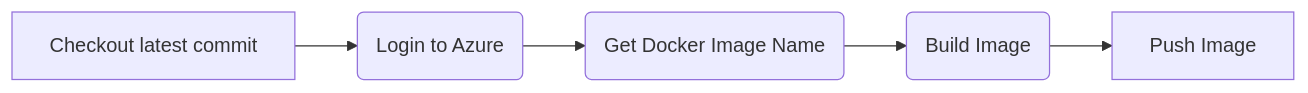
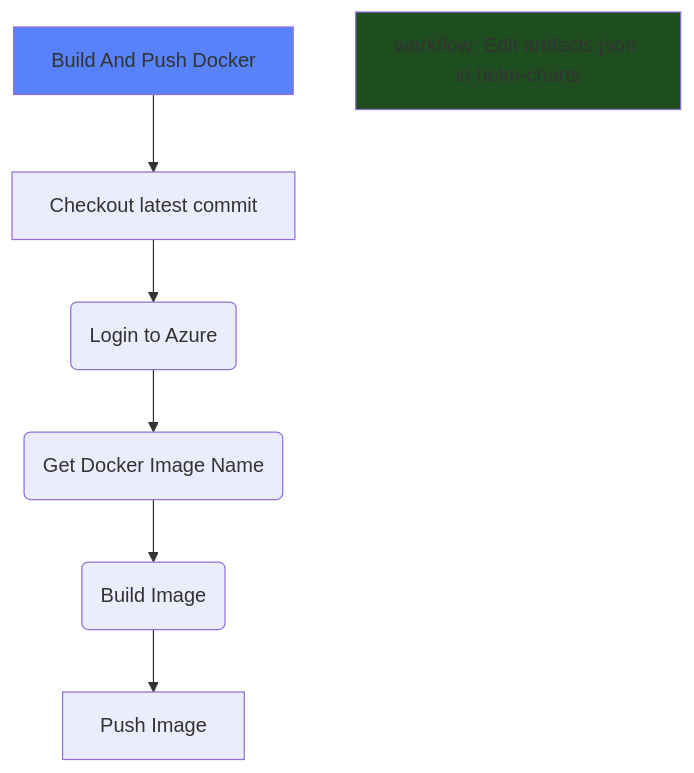
One commit to MapColonies/shared-workflows changed the first of 5 diagrams in README.md. Above: the diagram before and after it, drawn with Mermaid. The commit also changed other lines of this file, not shown here.

````diff
--- a/README.md
+++ b/README.md
@@ -16,7 +16,11 @@
 ```mermaid
-flowchart LR
-    A[Checkout latest commit] --> B(Login to Azure)
-    B --> C(Get Docker Image Name)
-    C --> D( Build Image)
-    D --> E[Push Image]
+flowchart TD
+    classDef head fill:#5882FA
+    classDef workflow fill:#1E4E20
+    A[Build And Push Docker]:::head --> B[Checkout latest commit]
+    B --> C(Login to Azure)
+    C --> D(Get Docker Image Name)
+    D --> E( Build Image)
+    E --> F[Push Image]
+    G[workflow: Edit artifacts.json in helm-charts]:::workflow
 ```
````
